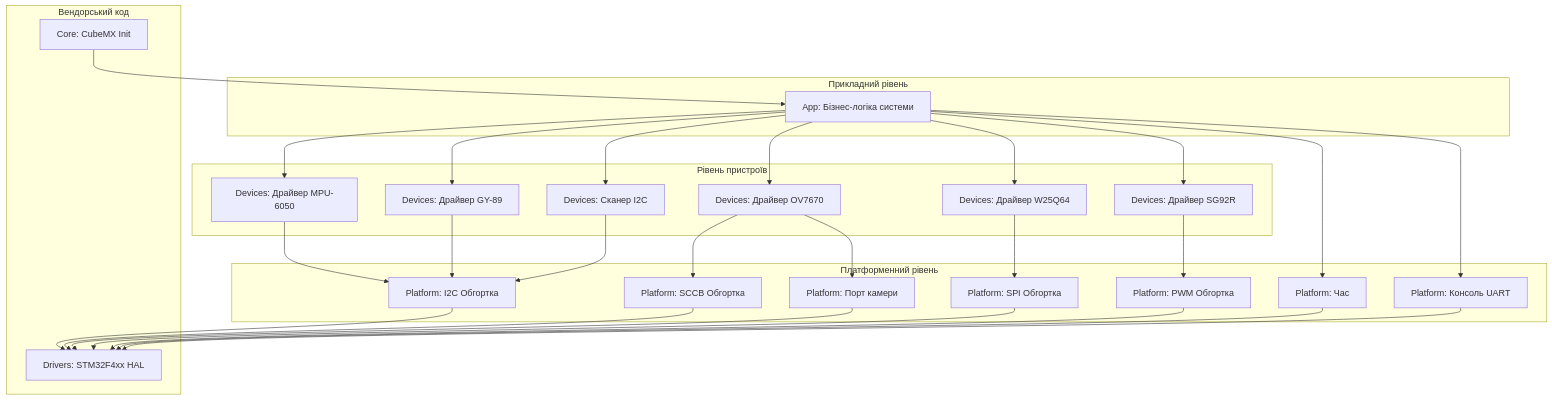
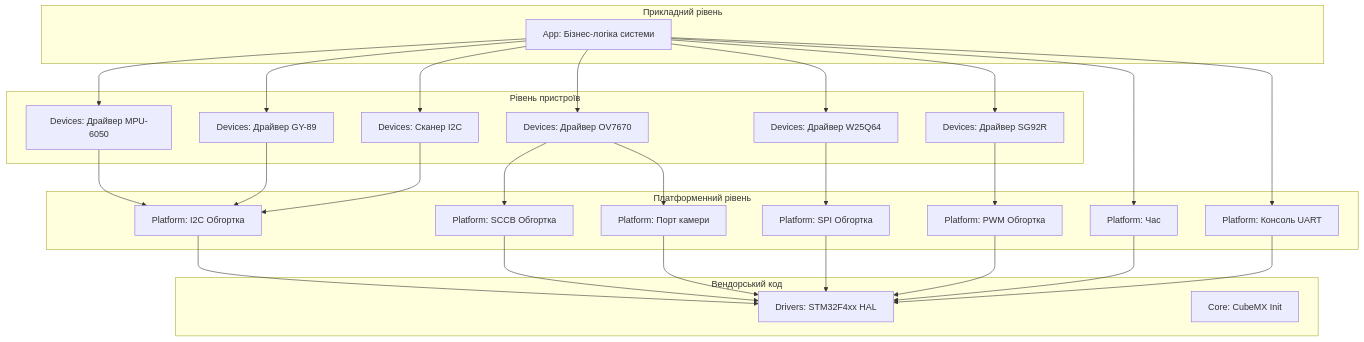
One commit to ChoopaMP5/test changed the diagram in architecture.md. Above: the diagram before and after it, drawn with Mermaid. The commit also changed other lines of this file, not shown here.

````diff
--- a/architecture.md
+++ b/architecture.md
@@ -6,57 +6,55 @@
 ```mermaid
 graph TD
     subgraph Прикладний рівень
         App[App: Бізнес-логіка системи]
     end
 
     subgraph Рівень пристроїв
         DevCam[Devices: Драйвер OV7670]
         DevMPU[Devices: Драйвер MPU-6050]
         DevGY[Devices: Драйвер GY-89]
         DevScan[Devices: Сканер I2C]
         DevFlash[Devices: Драйвер W25Q64]
         DevServo[Devices: Драйвер SG92R]
     end
 
     subgraph Платформенний рівень
         PlatI2C[Platform: I2C Обгортка]
         PlatSCCB[Platform: SCCB Обгортка]
         PlatCam[Platform: Порт камери]
         PlatSPI[Platform: SPI Обгортка]
         PlatPWM[Platform: PWM Обгортка]
         PlatTime[Platform: Час]
         PlatBoard[Platform: Консоль UART]
     end
 
     subgraph Вендорський код
         HAL[Drivers: STM32F4xx HAL]
         Core[Core: CubeMX Init]
     end
 
-    Core --> App
-
     App --> DevCam
     App --> DevMPU
     App --> DevGY
     App --> DevScan
     App --> DevFlash
     App --> DevServo
     App --> PlatTime
     App --> PlatBoard
 
     DevCam --> PlatSCCB
     DevCam --> PlatCam
     DevMPU --> PlatI2C
     DevGY --> PlatI2C
     DevScan --> PlatI2C
     DevFlash --> PlatSPI
     DevServo --> PlatPWM
 
     PlatI2C --> HAL
     PlatSCCB --> HAL
     PlatCam --> HAL
     PlatSPI --> HAL
     PlatPWM --> HAL
     PlatTime --> HAL
     PlatBoard --> HAL
 ```
````
